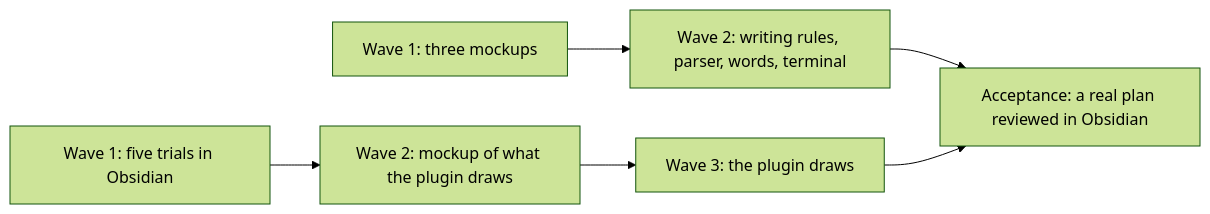
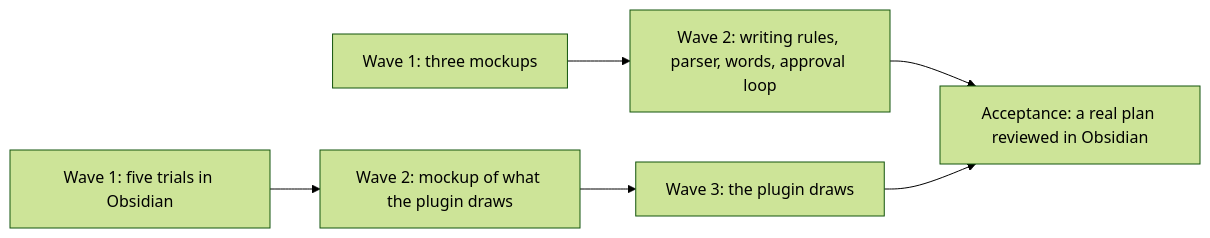
One commit to hodor/claude-compass changed the diagram in .compass/plans/PLAN-024-working-in-compass-is-visual.md. Above: the diagram before and after it, drawn with Mermaid (forest theme). The commit also changed other lines of this file and 3 other files, not shown here.

First line of the commit message:
Approval loop runs in the markdown editor by default; the terminal is the fallback

````diff
--- a/.compass/plans/PLAN-024-working-in-compass-is-visual.md
+++ b/.compass/plans/PLAN-024-working-in-compass-is-visual.md
@@ -26,8 +26,8 @@
 ```mermaid
 flowchart LR
   T[Wave 1: five trials in Obsidian] --> P[Wave 2: mockup of what the plugin draws]
-  M[Wave 1: three mockups] --> B[Wave 2: writing rules, parser, words, terminal]
+  M[Wave 1: three mockups] --> B[Wave 2: writing rules, parser, words, approval loop]
   P --> V[Wave 3: the plugin draws]
   B --> A[Acceptance: a real plan reviewed in Obsidian]
   V --> A
 ```
````
